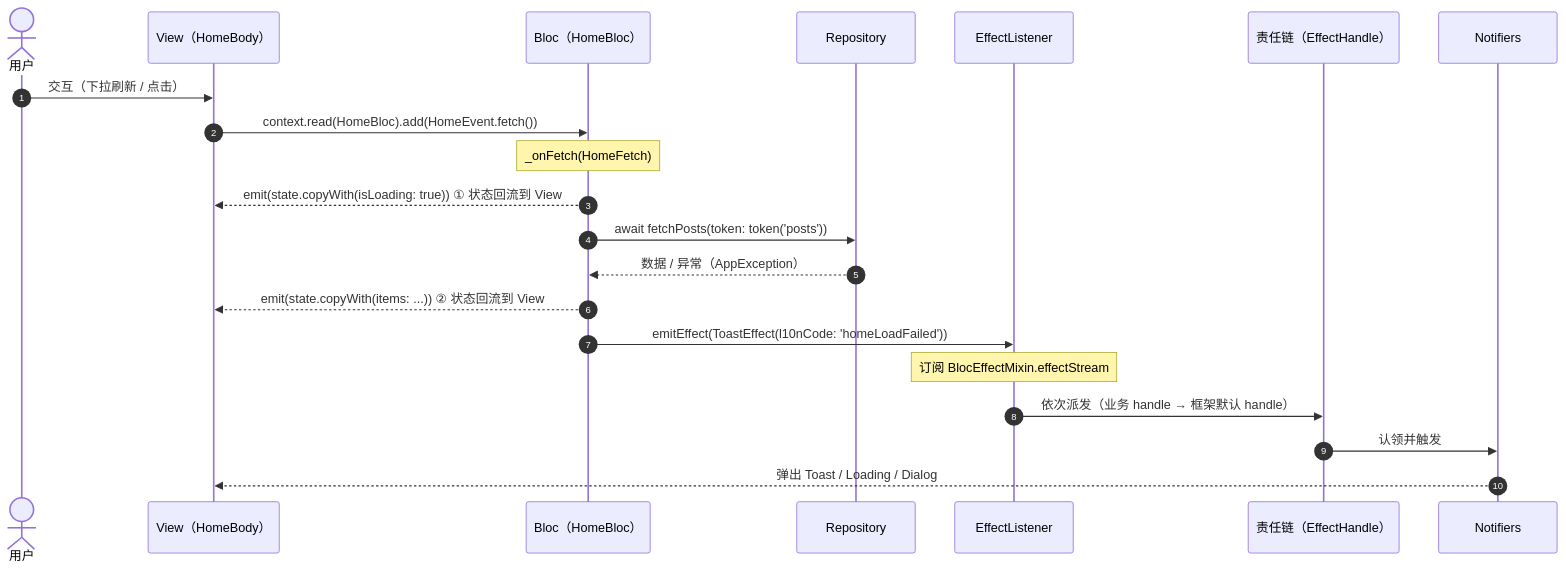
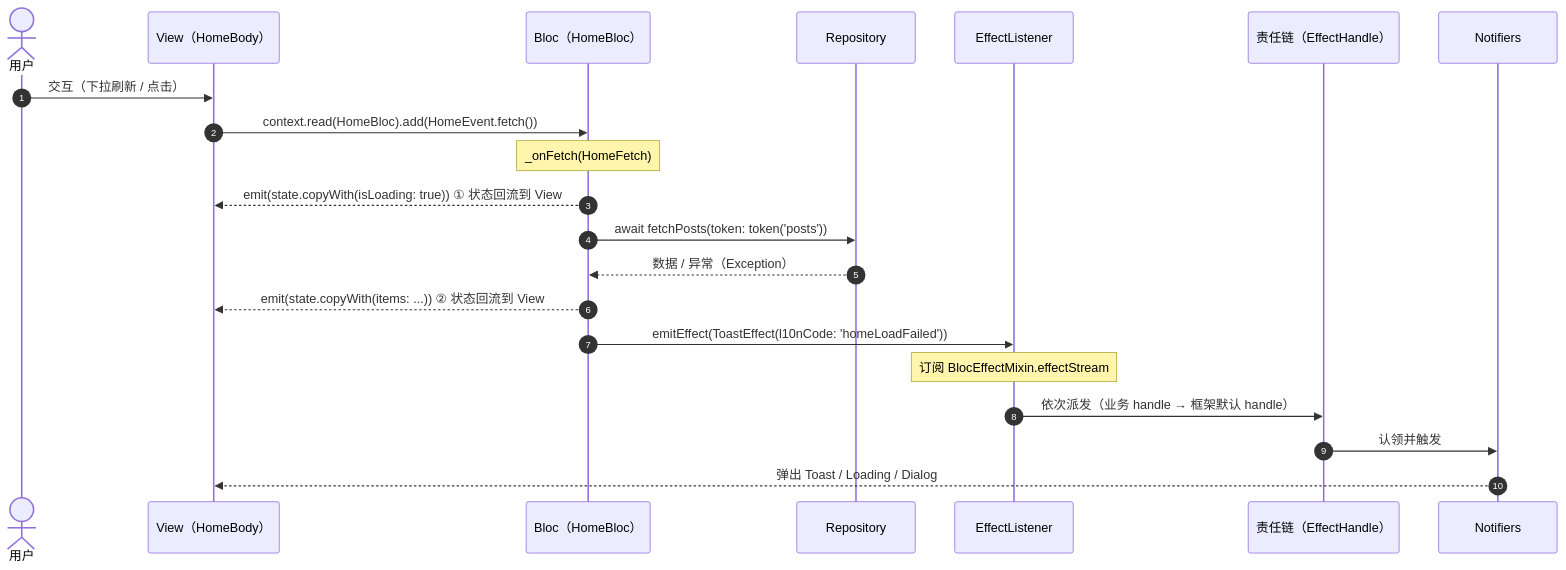
The diagram in docs/zh/architecture/index.md (Dboy233/flutter_zero_doc), drawn with Mermaid before and after one commit. The commit also changed other lines of this file and 25 other files, not shown here.

First line of the commit message:
文档全面对齐 2.0.0 范式：移除 AppException/DioClient/版本门禁等过时描述

````diff
--- a/docs/zh/architecture/index.md
+++ b/docs/zh/architecture/index.md
@@ -152,25 +150,25 @@
 ```mermaid
 %%{init: {"themeVariables": {"fontSize": "16px"}, "useMaxWidth": false}}%%
 sequenceDiagram
     autonumber
     actor User as 用户
     participant View as View（HomeBody）
     participant Bloc as Bloc（HomeBloc）
     participant Repo as Repository
     participant Listener as EffectListener
     participant Chain as 责任链（EffectHandle）
     participant Notifiers as Notifiers
 
     User->>View: 交互（下拉刷新 / 点击）
     View->>Bloc: context.read(HomeBloc).add(HomeEvent.fetch())
     Note over Bloc: _onFetch(HomeFetch)
     Bloc-->>View: emit(state.copyWith(isLoading: true)) ① 状态回流到 View
     Bloc->>Repo: await fetchPosts(token: token('posts'))
-    Repo-->>Bloc: 数据 / 异常（AppException）
+    Repo-->>Bloc: 数据 / 异常（Exception）
     Bloc-->>View: emit(state.copyWith(items: ...)) ② 状态回流到 View
     Bloc->>Listener: emitEffect(ToastEffect(l10nCode: 'homeLoadFailed'))
     Note over Listener: 订阅 BlocEffectMixin.effectStream
     Listener->>Chain: 依次派发（业务 handle → 框架默认 handle）
     Chain->>Notifiers: 认领并触发
     Notifiers-->>View: 弹出 Toast / Loading / Dialog
 ```
````
